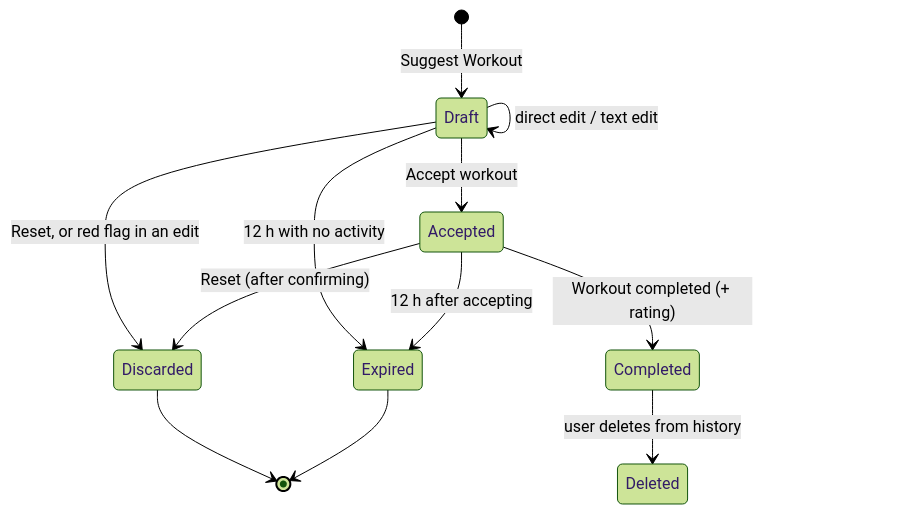
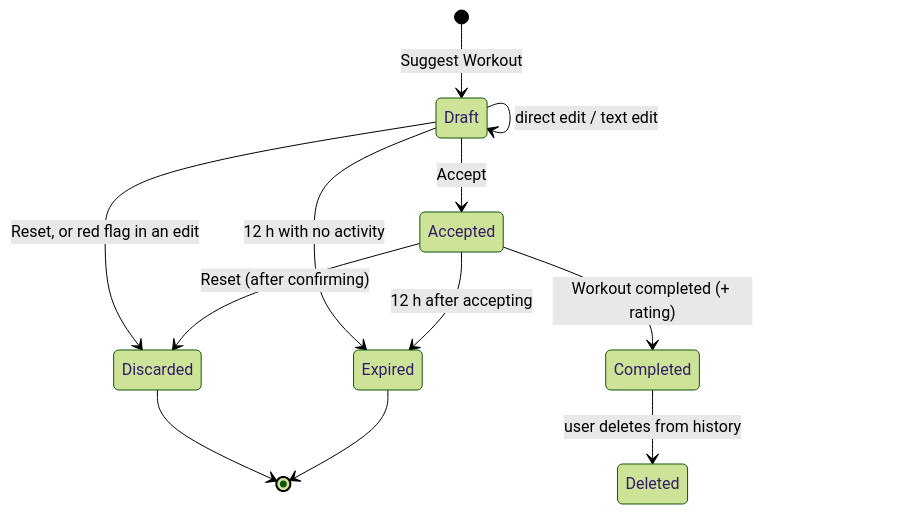
One commit to dbaid-code/fitness-coach changed the first of 2 diagrams in docs/gym-coach-prd.md. Above: the diagram before and after it, drawn with Mermaid (forest theme). The commit also changed other lines of this file and 9 other files, not shown here.

````diff
--- a/docs/gym-coach-prd.md
+++ b/docs/gym-coach-prd.md
@@ -162,14 +163,14 @@
 ```mermaid
 stateDiagram-v2
     [*] --> Draft: Suggest Workout
     Draft --> Draft: direct edit / text edit
     Draft --> Discarded: Reset, or red flag in an edit
     Draft --> Expired: 12 h with no activity
-    Draft --> Accepted: Accept workout
+    Draft --> Accepted: Accept
     Accepted --> Discarded: Reset (after confirming)
     Accepted --> Expired: 12 h after accepting
     Accepted --> Completed: Workout completed (+ rating)
     Completed --> Deleted: user deletes from history
     Discarded --> [*]
     Expired --> [*]
 ```
````
